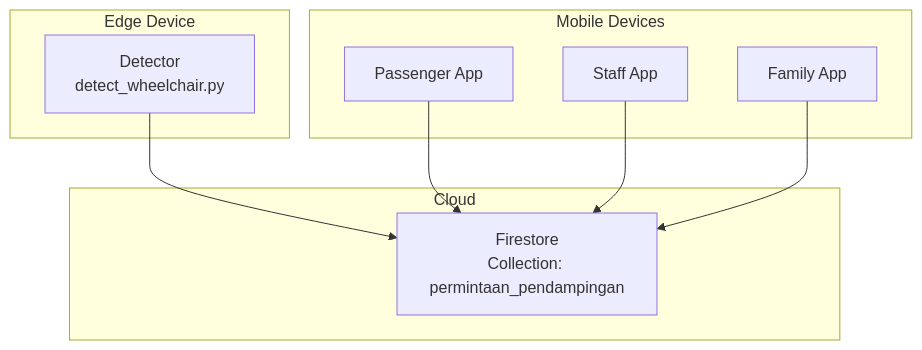
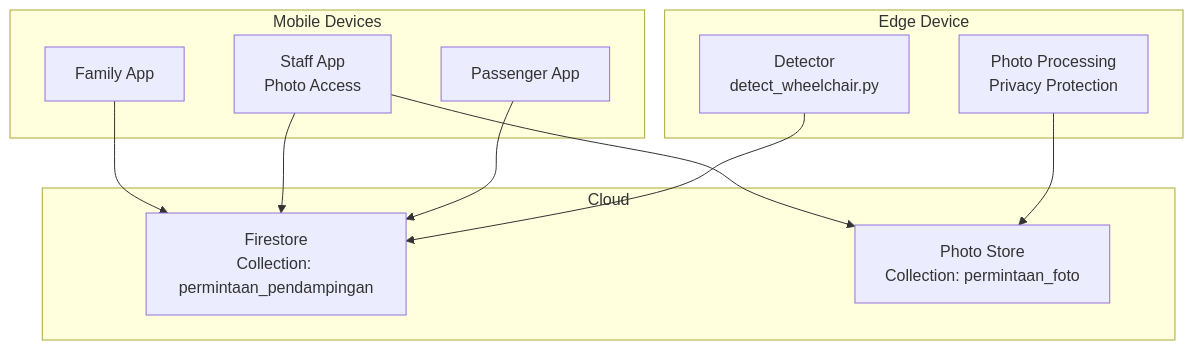
The first of 8 diagrams in .qoder/repowiki/en/content/AI Detection System/Firebase Integration.md (rdsarjito/whoosh-ramah), drawn with Mermaid before and after one commit. The commit also changed other lines of this file and 17 other files, not shown here.

````diff
--- a/.qoder/repowiki/en/content/AI Detection System/Firebase Integration.md
+++ b/.qoder/repowiki/en/content/AI Detection System/Firebase Integration.md
@@ -49,18 +51,22 @@
 ```mermaid
 graph TB
 subgraph "Edge Device"
 DET["Detector<br/>detect_wheelchair.py"]
+PHOTO_PROC["Photo Processing<br/>Privacy Protection"]
 end
 subgraph "Cloud"
 FIRESTORE["Firestore<br/>Collection: permintaan_pendampingan"]
+PHOTO_STORE["Photo Store<br/>Collection: permintaan_foto"]
 end
 subgraph "Mobile Devices"
 PASSENGER["Passenger App"]
-STAFF["Staff App"]
+STAFF["Staff App<br/>Photo Access"]
 FAMILY["Family App"]
 end
 DET --> FIRESTORE
+PHOTO_PROC --> PHOTO_STORE
 PASSENGER --> FIRESTORE
 STAFF --> FIRESTORE
+STAFF --> PHOTO_STORE
 FAMILY --> FIRESTORE
 ```
````
